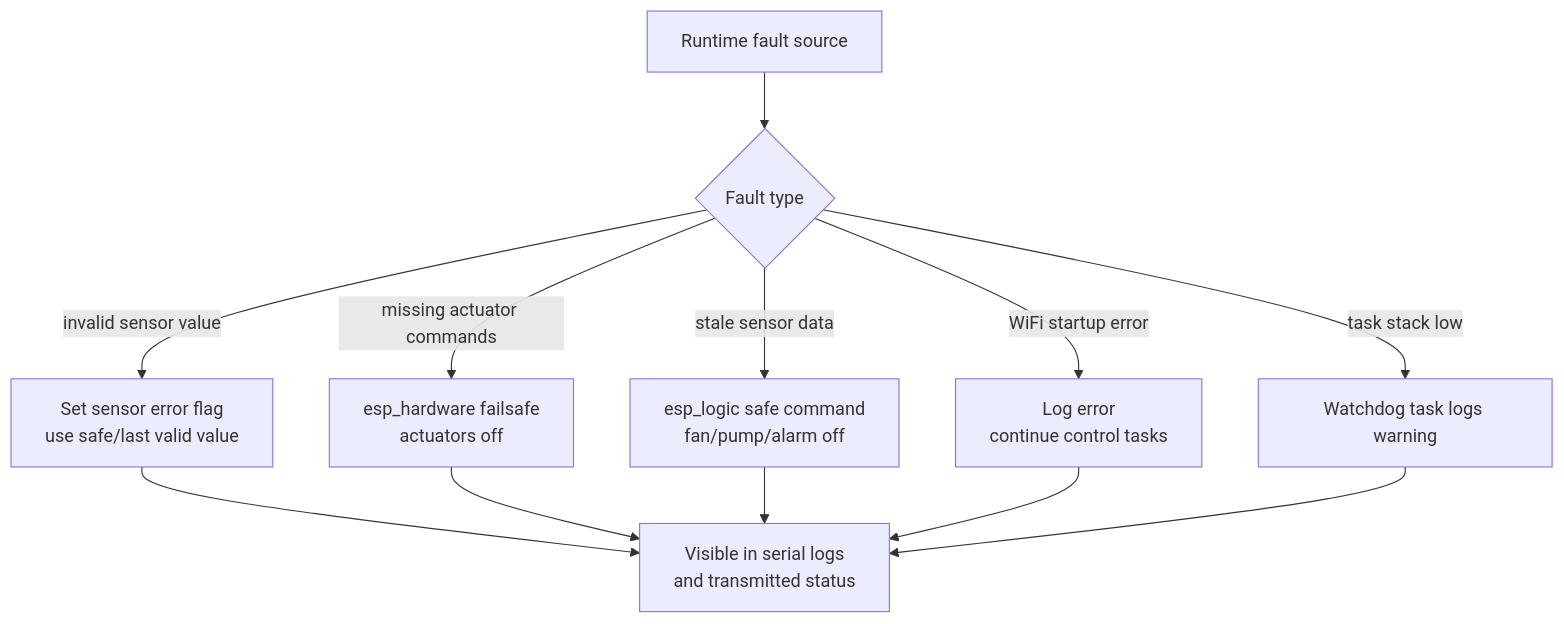
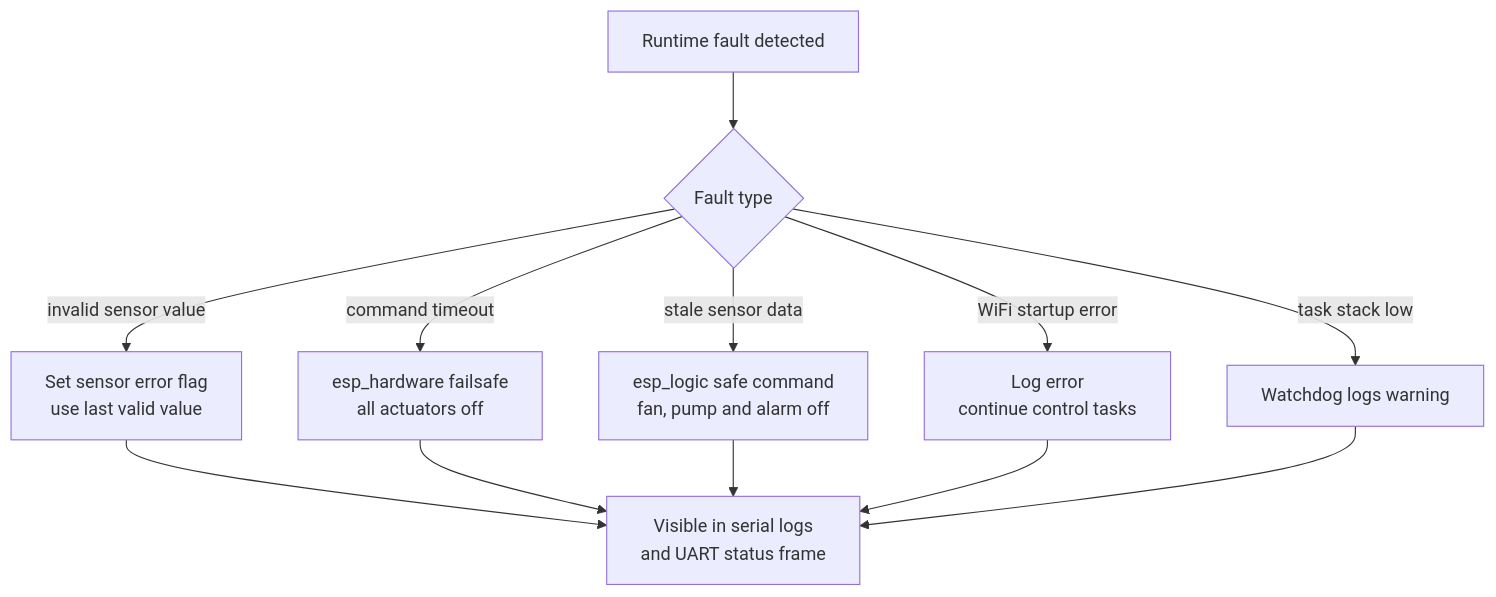
One commit to EmbeddedNik/embedded_markdowns changed the diagram in docs/diagrams/fault_handling_flow.mmd. Above: the diagram before and after it, drawn with Mermaid. The commit also changed 28 other files, not shown here.

Commit message:
change in diagrams

```diff
--- a/docs/diagrams/fault_handling_flow.mmd
+++ b/docs/diagrams/fault_handling_flow.mmd
@@ -1,13 +1,14 @@
 flowchart TD
-    A["Runtime fault source"] --> B{"Fault type"}
-    B -->|invalid sensor value| S["Set sensor error flag<br/>use safe/last valid value"]
-    B -->|missing actuator commands| F["esp_hardware failsafe<br/>actuators off"]
-    B -->|stale sensor data| L["esp_logic safe command<br/>fan/pump/alarm off"]
-    B -->|WiFi startup error| W["Log error<br/>continue control tasks"]
-    B -->|task stack low| T["Watchdog task logs warning"]
+    SRC["Runtime fault detected"] --> TYPE{"Fault type"}
 
-    S --> O["Visible in serial logs<br/>and transmitted status"]
-    F --> O
-    L --> O
-    W --> O
-    T --> O
+    TYPE -->|invalid sensor value| SV["Set sensor error flag<br/>use last valid value"]
+    TYPE -->|command timeout| CF["esp_hardware failsafe<br/>all actuators off"]
+    TYPE -->|stale sensor data| SD["esp_logic safe command<br/>fan, pump and alarm off"]
+    TYPE -->|WiFi startup error| WF["Log error<br/>continue control tasks"]
+    TYPE -->|task stack low| ST["Watchdog logs warning"]
+
+    SV --> VIS["Visible in serial logs<br/>and UART status frame"]
+    CF --> VIS
+    SD --> VIS
+    WF --> VIS
+    ST --> VIS
```
